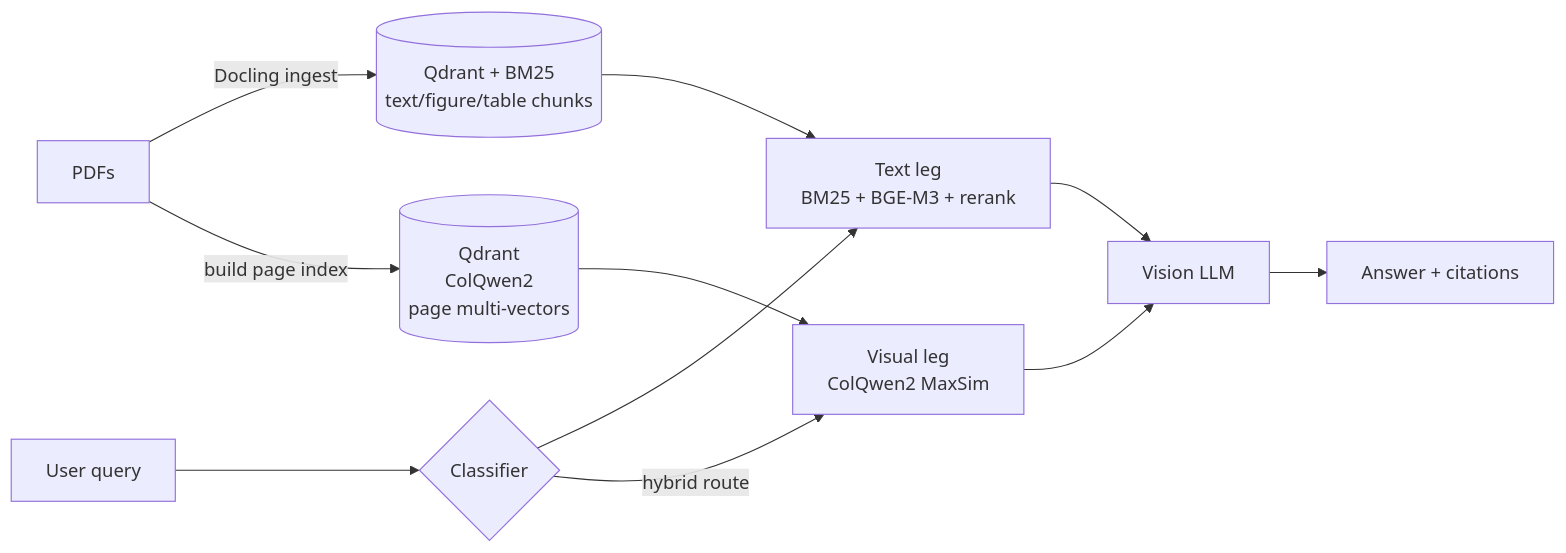
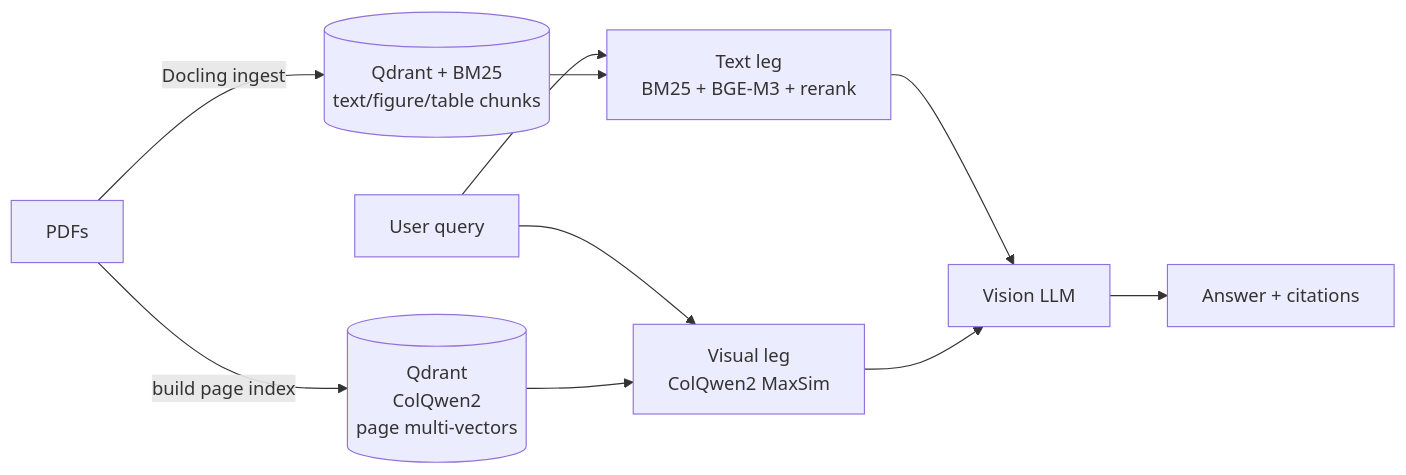
The diagram in README.md (NorthernLightx/SpectraRAG), drawn with Mermaid before and after one commit. The commit also changed other lines of this file, not shown here.

````diff
--- a/README.md
+++ b/README.md
@@ -75,13 +75,12 @@
 ```mermaid
 flowchart LR
     PDF[PDFs] -->|Docling ingest| TXTIDX[(Qdrant + BM25<br/>text/figure/table chunks)]
     PDF -->|build page index| VISIDX[(Qdrant<br/>ColQwen2<br/>page multi-vectors)]
-    Q[User query] --> CLF{Classifier}
-    CLF --> TXT[Text leg<br/>BM25 + BGE-M3 + rerank]
-    CLF -->|hybrid route| VIS[Visual leg<br/>ColQwen2 MaxSim]
+    Q[User query] --> TXT[Text leg<br/>BM25 + BGE-M3 + rerank]
+    Q --> VIS[Visual leg<br/>ColQwen2 MaxSim]
     TXTIDX --> TXT
     VISIDX --> VIS
     TXT --> LLM[Vision LLM]
     VIS --> LLM
     LLM --> A[Answer + citations]
 ```
````
